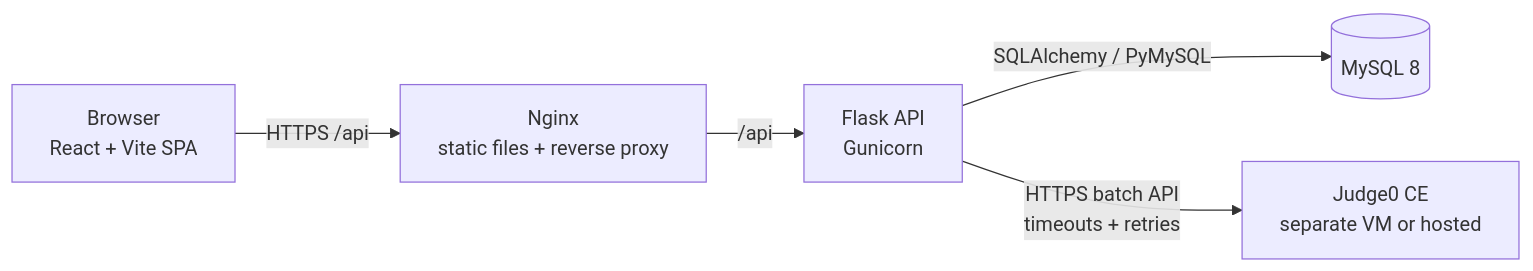
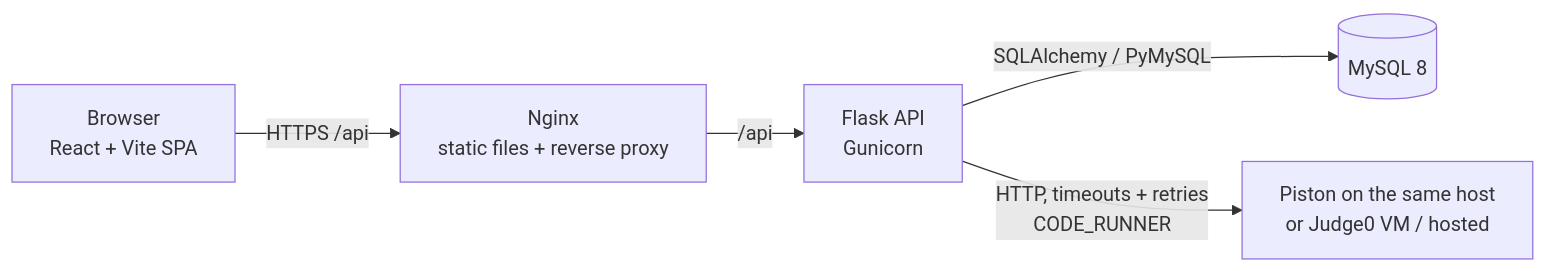
The diagram in README.md (Matsadura/CodeLoop), drawn with Mermaid before and after one commit. The commit also changed other lines of this file and 16 other files, not shown here.

First line of the commit message:
feat: Piston code runner for single-server and arm64 deployments

````diff
--- a/README.md
+++ b/README.md
@@ -40,7 +40,7 @@
 ```mermaid
 flowchart LR
     B[Browser<br/>React + Vite SPA] -->|HTTPS /api| N[Nginx<br/>static files + reverse proxy]
     N -->|/api| A[Flask API<br/>Gunicorn]
     A -->|SQLAlchemy / PyMySQL| M[(MySQL 8)]
-    A -->|HTTPS batch API<br/>timeouts + retries| J[Judge0 CE<br/>separate VM or hosted]
+    A -->|HTTP, timeouts + retries<br/>CODE_RUNNER| J[Piston on the same host<br/>or Judge0 VM / hosted]
 ```
````
